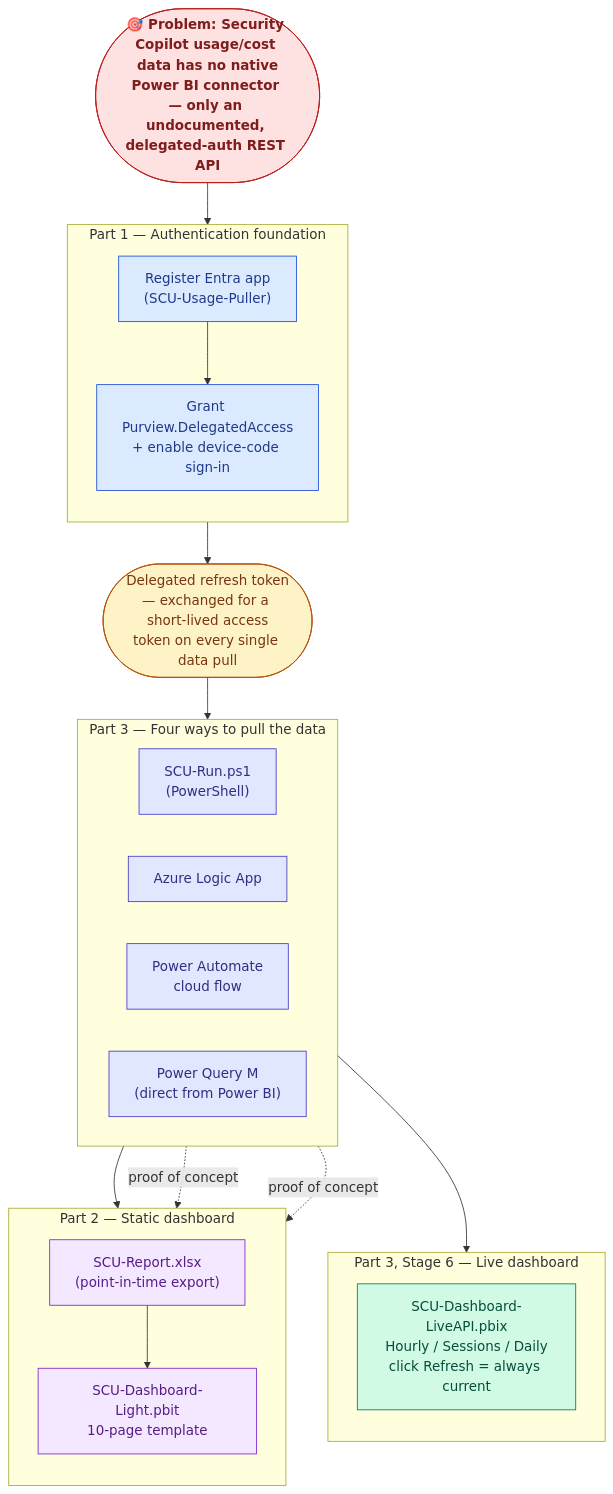
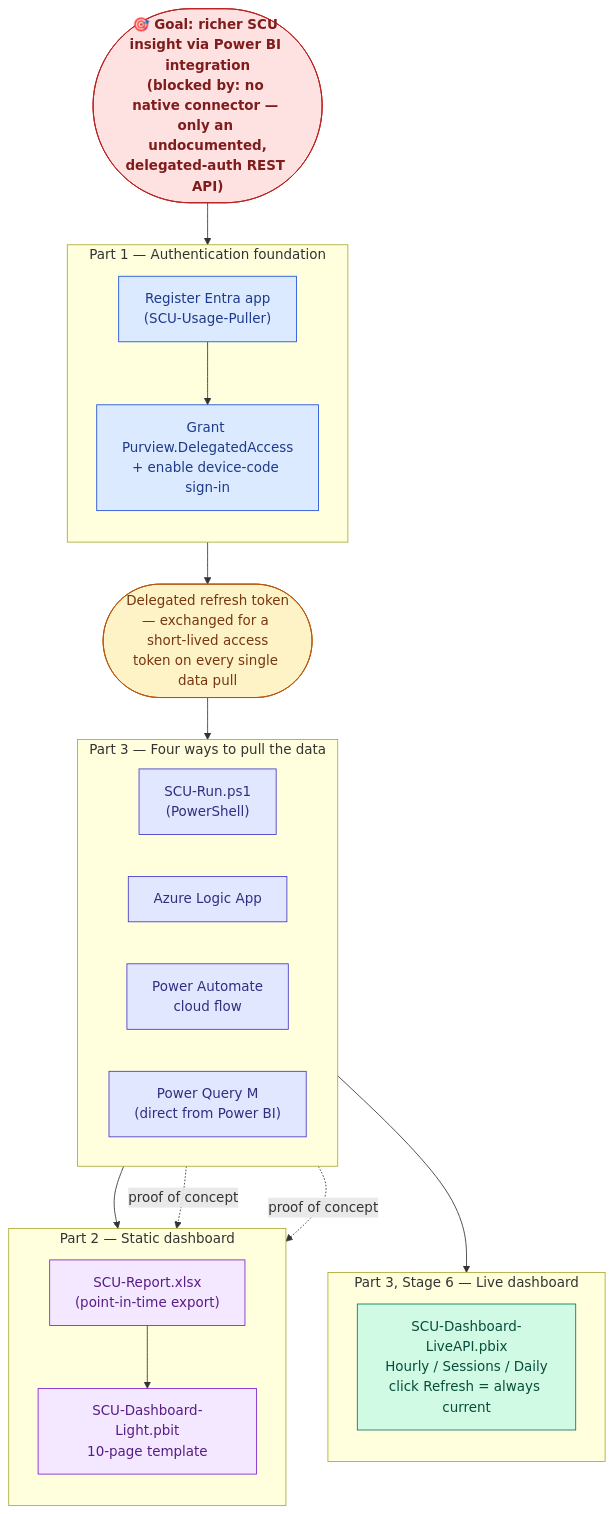
One commit to Muatazawad2/SCU-Module-Manual-Deployment changed the diagram in README.md. Above: the diagram before and after it, drawn with Mermaid. The commit also changed other lines of this file, not shown here.

First line of the commit message:
Reframe the top-of-README section as the goal, not just the obstacle

````diff
--- a/README.md
+++ b/README.md
@@ -14,52 +15,52 @@
 ```mermaid
 flowchart TD
-    Problem(["🎯 Problem: Security Copilot usage/cost data has no native\nPower BI connector — only an undocumented, delegated-auth REST API"])
+    Problem(["🎯 Goal: richer SCU insight via Power BI integration\n(blocked by: no native connector — only an undocumented,\ndelegated-auth REST API)"])
 
     Problem --> Auth
 
     subgraph Auth["Part 1 — Authentication foundation"]
         direction TB
         A1["Register Entra app\n(SCU-Usage-Puller)"] --> A2["Grant Purview.DelegatedAccess\n+ enable device-code sign-in"]
     end
 
     Auth --> Token(["Delegated refresh token\n— exchanged for a short-lived access\ntoken on every single data pull"])
 
     Token --> Pull
 
     subgraph Pull["Part 3 — Four ways to pull the data"]
         direction LR
         P1["SCU-Run.ps1\n(PowerShell)"]
         P2["Azure Logic App"]
         P3["Power Automate\ncloud flow"]
         P4["Power Query M\n(direct from Power BI)"]
     end
 
     P1 --> Static
     P2 -. proof of concept .-> Static
     P3 -. proof of concept .-> Static
     P4 --> Live
 
     subgraph Static["Part 2 — Static dashboard"]
         direction TB
         S1["SCU-Report.xlsx\n(point-in-time export)"] --> S2["SCU-Dashboard-Light.pbit\n10-page template"]
     end
 
     subgraph Live["Part 3, Stage 6 — Live dashboard"]
         direction TB
         L1["SCU-Dashboard-LiveAPI.pbix\nHourly / Sessions / Daily\nclick Refresh = always current"]
     end
 
     classDef problem fill:#FEE2E2,stroke:#B91C1C,color:#7F1D1D,font-weight:bold
     classDef part1 fill:#DBEAFE,stroke:#1D4ED8,color:#1E3A8A
     classDef token fill:#FEF3C7,stroke:#B45309,color:#78350F
     classDef pull fill:#E0E7FF,stroke:#4338CA,color:#312E81
     classDef static fill:#F3E8FF,stroke:#7E22CE,color:#581C87
     classDef live fill:#D1FAE5,stroke:#047857,color:#064E3B
 
     class Problem problem
     class A1,A2 part1
     class Token token
     class P1,P2,P3,P4 pull
     class S1,S2 static
     class L1 live
 ```
````
